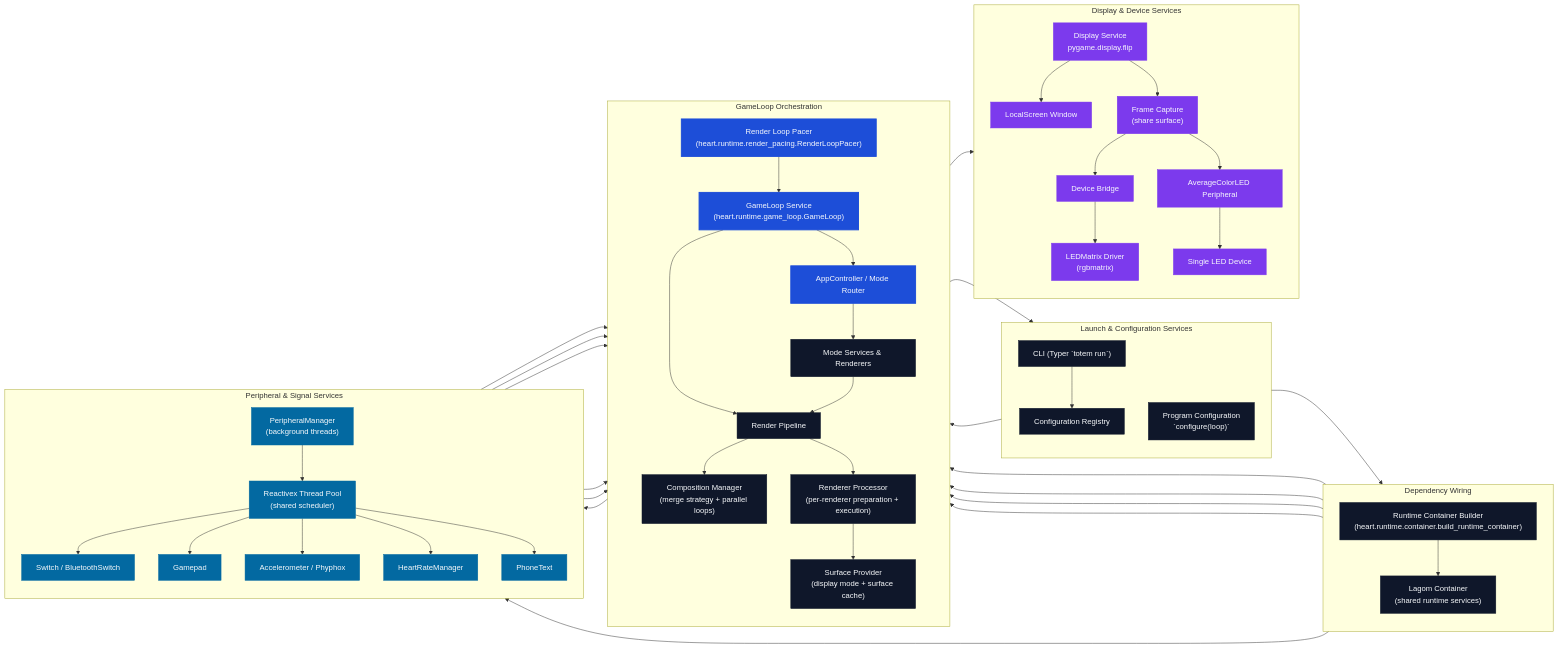
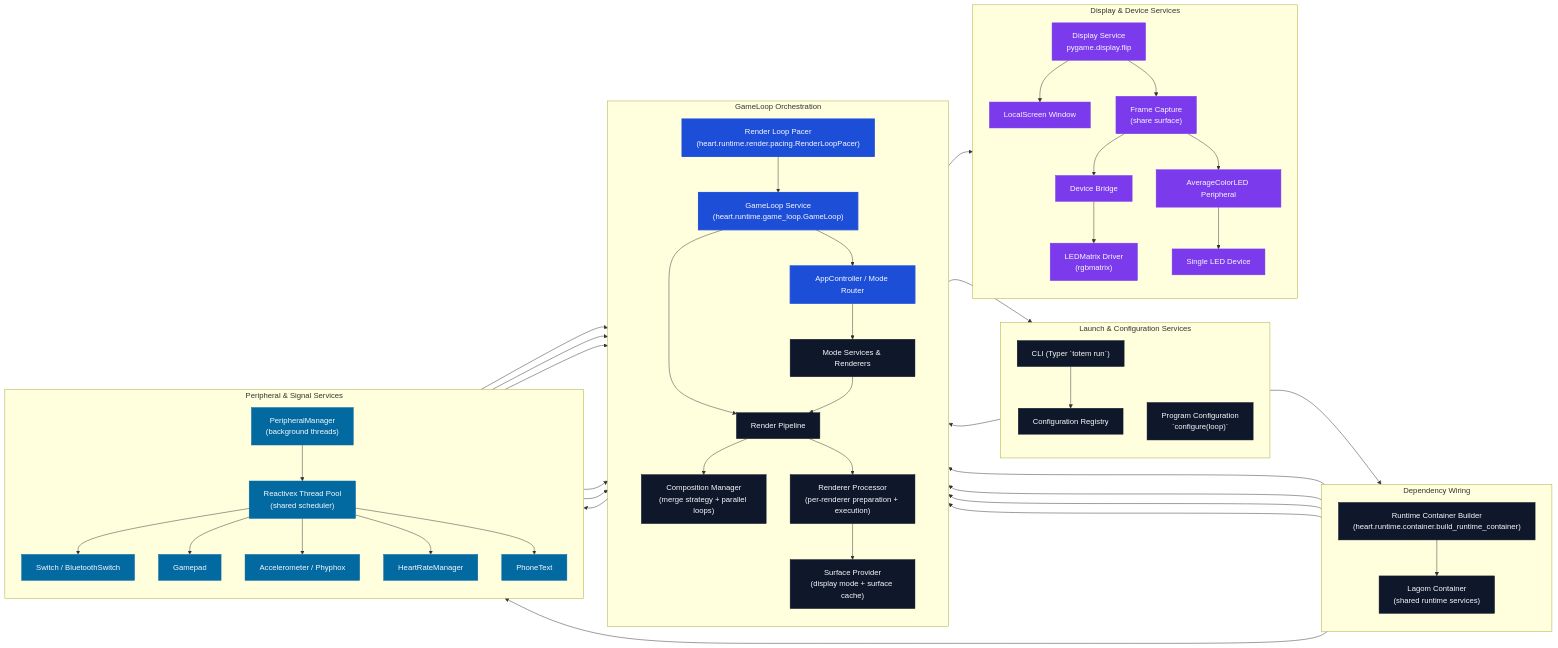
One commit to Organization5762/heart changed the diagram in docs/code_flow.md. Above: the diagram before and after it, drawn with Mermaid. The commit also changed 49 other files, not shown here.

Commit message:
refactor(runtime): reorganize runtime into game_loop, render, and frame subpackages

````diff
--- a/docs/code_flow.md
+++ b/docs/code_flow.md
@@ -19,81 +19,81 @@
 ```mermaid
 flowchart LR
     %% Visual classes for different service categories
     classDef orchestrator fill:#1d4ed8,stroke:#1d4ed8,color:#f8fafc,stroke-width:2px;
     classDef service fill:#0f172a,stroke:#0f172a,color:#f8fafc;
     classDef input fill:#0369a1,stroke:#0369a1,color:#f8fafc;
     classDef output fill:#7c3aed,stroke:#7c3aed,color:#f8fafc;
 
     subgraph Launch["Launch & Configuration Services"]
         direction TB
         CLI["CLI (Typer `totem run`)"]
         Registry["Configuration Registry"]
         Configurer["Program Configuration\n`configure(loop)`"]
     end
 
     subgraph Wiring["Dependency Wiring"]
         direction TB
         ContainerBuilder["Runtime Container Builder\n(heart.runtime.container.build_runtime_container)"]
         RuntimeContainer["Lagom Container\n(shared runtime services)"]
     end
 
     subgraph Runtime["GameLoop Orchestration"]
         direction TB
         Loop["GameLoop Service\n(heart.runtime.game_loop.GameLoop)"]
-        RenderPacer["Render Loop Pacer\n(heart.runtime.render_pacing.RenderLoopPacer)"]
+        RenderPacer["Render Loop Pacer\n(heart.runtime.render.pacing.RenderLoopPacer)"]
         AppRouter["AppController / Mode Router"]
         ModeServices["Mode Services & Renderers"]
         RenderPipeline["Render Pipeline"]
         SurfaceProvider["Surface Provider\n(display mode + surface cache)"]
         RendererProcessor["Renderer Processor\n(per-renderer preparation + execution)"]
         CompositionManager["Composition Manager\n(merge strategy + parallel loops)"]
     end
 
     subgraph Inputs["Peripheral & Signal Services"]
         direction TB
         PeripheralMgr["PeripheralManager\n(background threads)"]
         RxScheduler["Reactivex Thread Pool\n(shared scheduler)"]
         Switch["Switch / BluetoothSwitch"]
         Gamepad["Gamepad"]
         Sensors["Accelerometer / Phyphox"]
         HeartRate["HeartRateManager"]
         PhoneText["PhoneText"]
     end
 
     subgraph Outputs["Display & Device Services"]
         direction TB
         DisplaySvc["Display Service\npygame.display.flip"]
         LocalScreen["LocalScreen Window"]
         Capture["Frame Capture\n(share surface)"]
         DeviceBridge["Device Bridge"]
         LedMatrix["LEDMatrix Driver\n(rgbmatrix)"]
         AverageMirror["AverageColorLED Peripheral"]
         SingleLED["Single LED Device"]
     end
 
     CLI --> Registry --> ContainerBuilder --> RuntimeContainer --> Loop
     RuntimeContainer --> RenderPacer --> Loop
     Loop --> Configurer --> AppRouter
     Loop --> AppRouter
     RuntimeContainer --> AppRouter
     RuntimeContainer --> RenderPipeline
     RuntimeContainer --> PeripheralMgr
     Loop --> RenderPipeline
     AppRouter --> ModeServices --> RenderPipeline --> CompositionManager --> DisplaySvc
     RenderPipeline --> RendererProcessor --> SurfaceProvider
     DisplaySvc --> LocalScreen
     DisplaySvc --> Capture --> DeviceBridge --> LedMatrix
     Capture --> AverageMirror --> SingleLED
 
     Loop --> PeripheralMgr --> RxScheduler
     RxScheduler --> Switch --> AppRouter
     RxScheduler --> Gamepad --> AppRouter
     RxScheduler --> Sensors --> AppRouter
     RxScheduler --> HeartRate --> AppRouter
     RxScheduler --> PhoneText --> AppRouter
 
     class CLI,Registry,Configurer,ContainerBuilder,RuntimeContainer,ModeServices,RenderPipeline,RendererProcessor,SurfaceProvider,CompositionManager service;
     class Loop,AppRouter,RenderPacer orchestrator;
     class PeripheralMgr,RxScheduler,Switch,Gamepad,Sensors,HeartRate,PhoneText input;
     class DisplaySvc,LocalScreen,Capture,DeviceBridge,LedMatrix,AverageMirror,SingleLED output;
 ```
````
